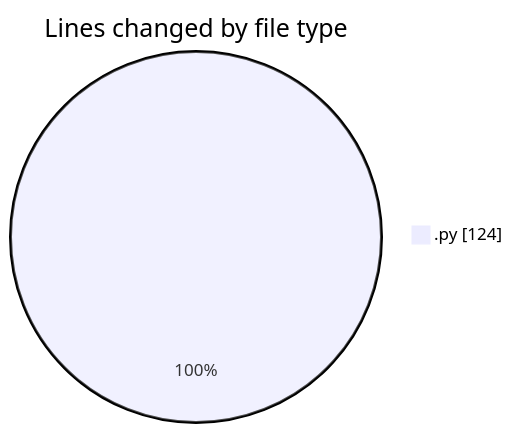
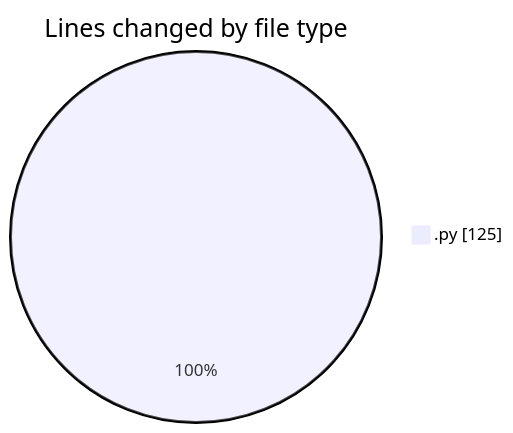
Before and after one commit to MatusMokan/code-tracking: the first of 2 diagrams in 2025-03-30/myws__workspace_/README.md, drawn with Mermaid. The commit also changed other lines of this file and 1 other file, not shown here.

````diff
--- a/2025-03-30/myws__workspace_/README.md
+++ b/2025-03-30/myws__workspace_/README.md
@@ -20,5 +20,5 @@
 ```mermaid
 pie showData
 title Lines changed by file type
-".py" : 124
+".py" : 125
 ```
````
